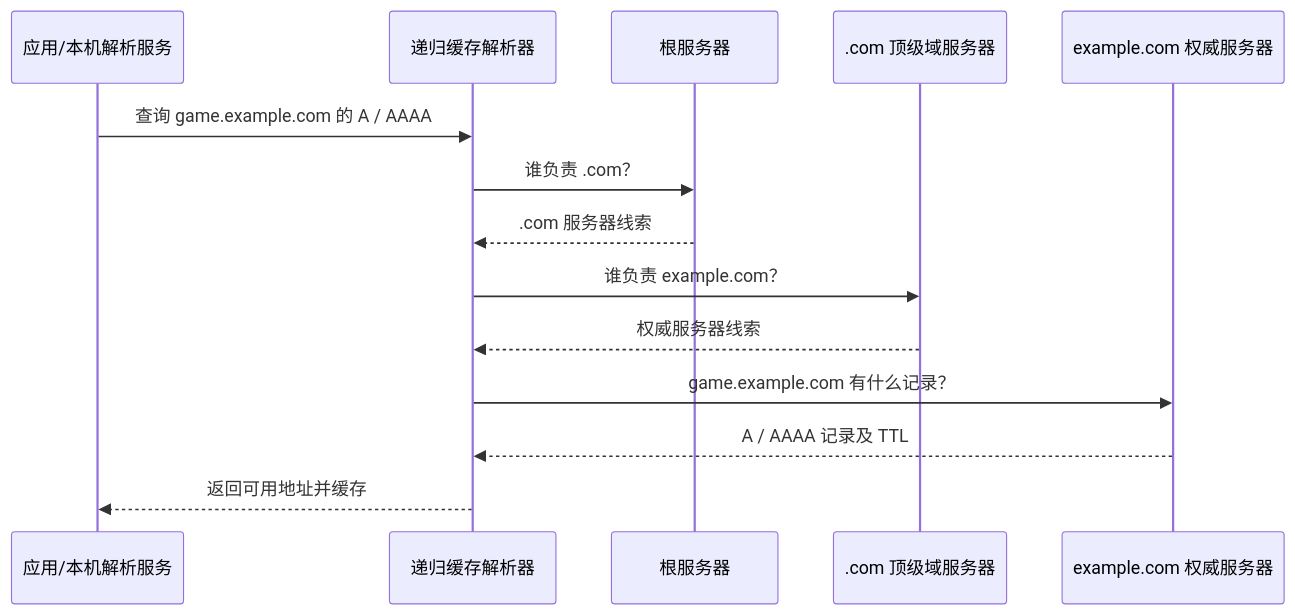
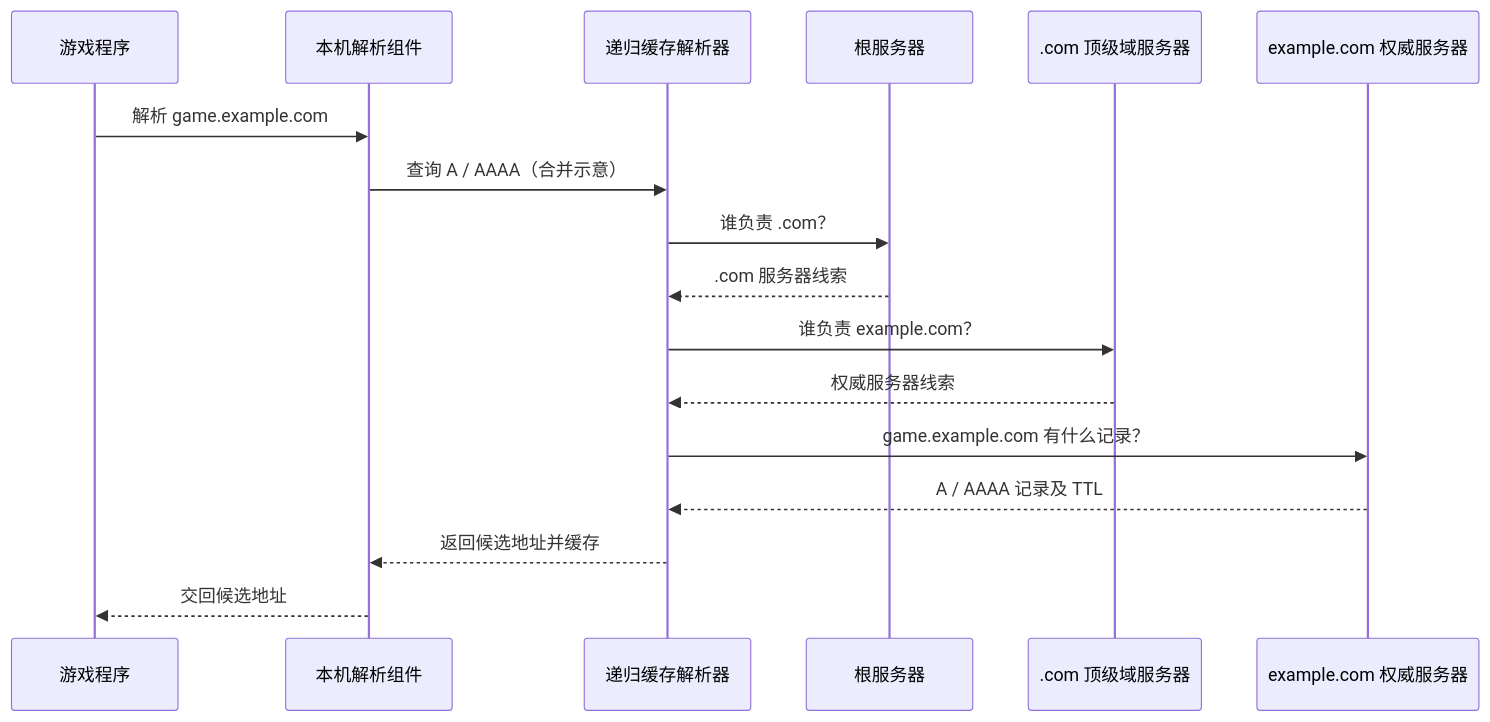
The diagram in 27_DNS_域名怎样找到服务器.md (giant355/LearnComputerNetworking), drawn with Mermaid before and after one commit. The commit also changed other lines of this file and 2 other files, not shown here.

````diff
--- a/27_DNS_域名怎样找到服务器.md
+++ b/27_DNS_域名怎样找到服务器.md
@@ -87,16 +90,19 @@
 ```mermaid
 sequenceDiagram
-    participant App as 应用/本机解析服务
+    participant App as 游戏程序
+    participant Stub as 本机解析组件
     participant Rec as 递归缓存解析器
     participant Root as 根服务器
     participant TLD as .com 顶级域服务器
     participant Auth as example.com 权威服务器
-    App->>Rec: 查询 game.example.com 的 A / AAAA
+    App->>Stub: 解析 game.example.com
+    Stub->>Rec: 查询 A / AAAA（合并示意）
     Rec->>Root: 谁负责 .com？
     Root-->>Rec: .com 服务器线索
     Rec->>TLD: 谁负责 example.com？
     TLD-->>Rec: 权威服务器线索
     Rec->>Auth: game.example.com 有什么记录？
     Auth-->>Rec: A / AAAA 记录及 TTL
-    Rec-->>App: 返回可用地址并缓存
+    Rec-->>Stub: 返回候选地址并缓存
+    Stub-->>App: 交回候选地址
 ```
````
